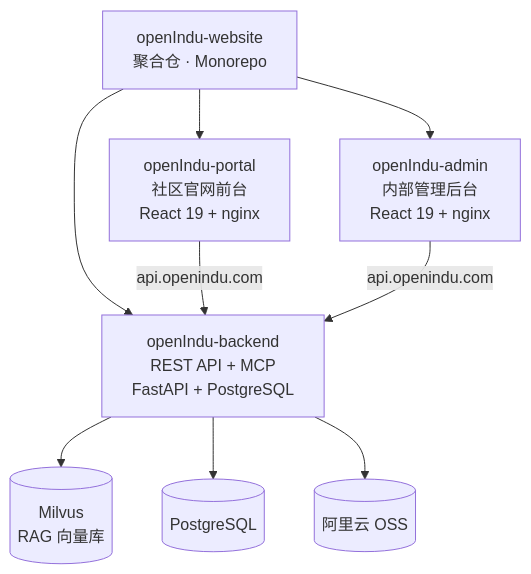
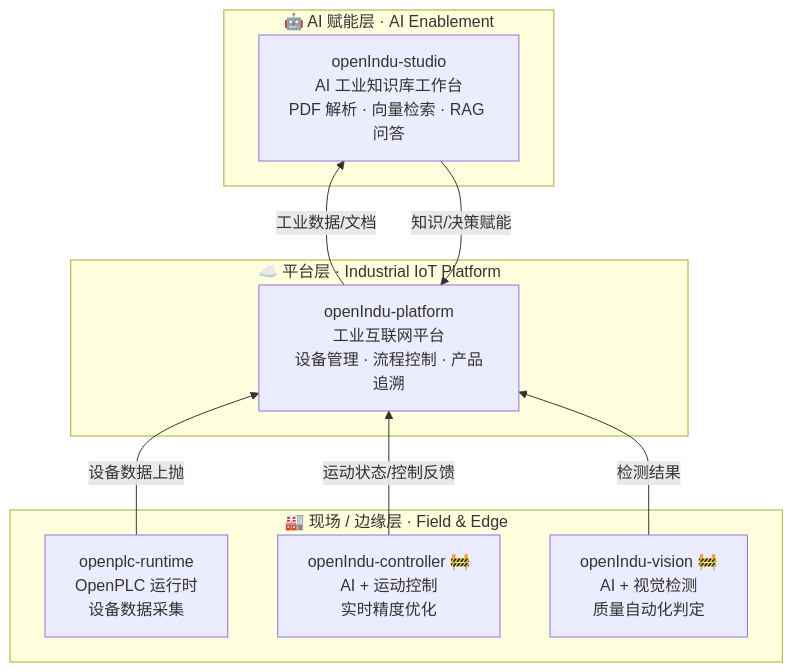
The diagram in profile/README.md (openIndu/.github), drawn with Mermaid before and after one commit. The commit also changed other lines of this file, not shown here.

Commit message:
docs(profile): industrial platform data-flow architecture
- Rework 服务架构 to describe the 5 industrial-platform repos and their
  relationship: PLC data flows up from openplc-runtime, with
  controller/vision at the edge, into openIndu-platform, enabled by
  openIndu-studio (RAG)
- Bottom-up Mermaid flowchart with field/platform/AI layers, clickable nodes
- Add a layered repo/status/role table
- Remove the Domains section

````diff
--- a/profile/README.md
+++ b/profile/README.md
@@ -36,20 +38,28 @@
 ```mermaid
-flowchart TD
-    website["openIndu-website<br/>聚合仓 · Monorepo"]
+flowchart BT
+    subgraph edge["🏭 现场 / 边缘层 · Field & Edge"]
+        plc["openplc-runtime<br/>OpenPLC 运行时<br/>设备数据采集"]
+        controller["openIndu-controller 🚧<br/>AI + 运动控制<br/>实时精度优化"]
+        vision["openIndu-vision 🚧<br/>AI + 视觉检测<br/>质量自动化判定"]
+    end
 
-    website --> portal["openIndu-portal<br/>社区官网前台<br/>React 19 + nginx"]
-    website --> admin["openIndu-admin<br/>内部管理后台<br/>React 19 + nginx"]
-    website --> backend["openIndu-backend<br/>REST API + MCP<br/>FastAPI + PostgreSQL"]
+    subgraph platform["☁️ 平台层 · Industrial IoT Platform"]
+        iiot["openIndu-platform<br/>工业互联网平台<br/>设备管理 · 流程控制 · 产品追溯"]
+    end
 
-    portal -->|api.openindu.com| backend
-    admin -->|api.openindu.com| backend
+    subgraph ai["🤖 AI 赋能层 · AI Enablement"]
+        studio["openIndu-studio<br/>AI 工业知识库工作台<br/>PDF 解析 · 向量检索 · RAG 问答"]
+    end
 
-    backend --> milvus[("Milvus<br/>RAG 向量库")]
-    backend --> pg[("PostgreSQL")]
-    backend --> oss[("阿里云 OSS")]
+    plc -- 设备数据上抛 --> iiot
+    controller -- 运动状态/控制反馈 --> iiot
+    vision -- 检测结果 --> iiot
+    iiot -- 工业数据/文档 --> studio
+    studio -- 知识/决策赋能 --> iiot
 
-    click website "https://github.com/openIndu/openIndu-website" _blank
-    click portal "https://github.com/openIndu/openIndu-portal" _blank
-    click admin "https://github.com/openIndu/openIndu-admin" _blank
-    click backend "https://github.com/openIndu/openIndu-backend" _blank
+    click plc "https://github.com/openIndu/openplc-runtime" _blank
+    click controller "https://github.com/openIndu/openIndu-controller" _blank
+    click vision "https://github.com/openIndu/openIndu-vision" _blank
+    click iiot "https://github.com/openIndu/openIndu-platform" _blank
+    click studio "https://github.com/openIndu/openIndu-studio" _blank
 ```
````
